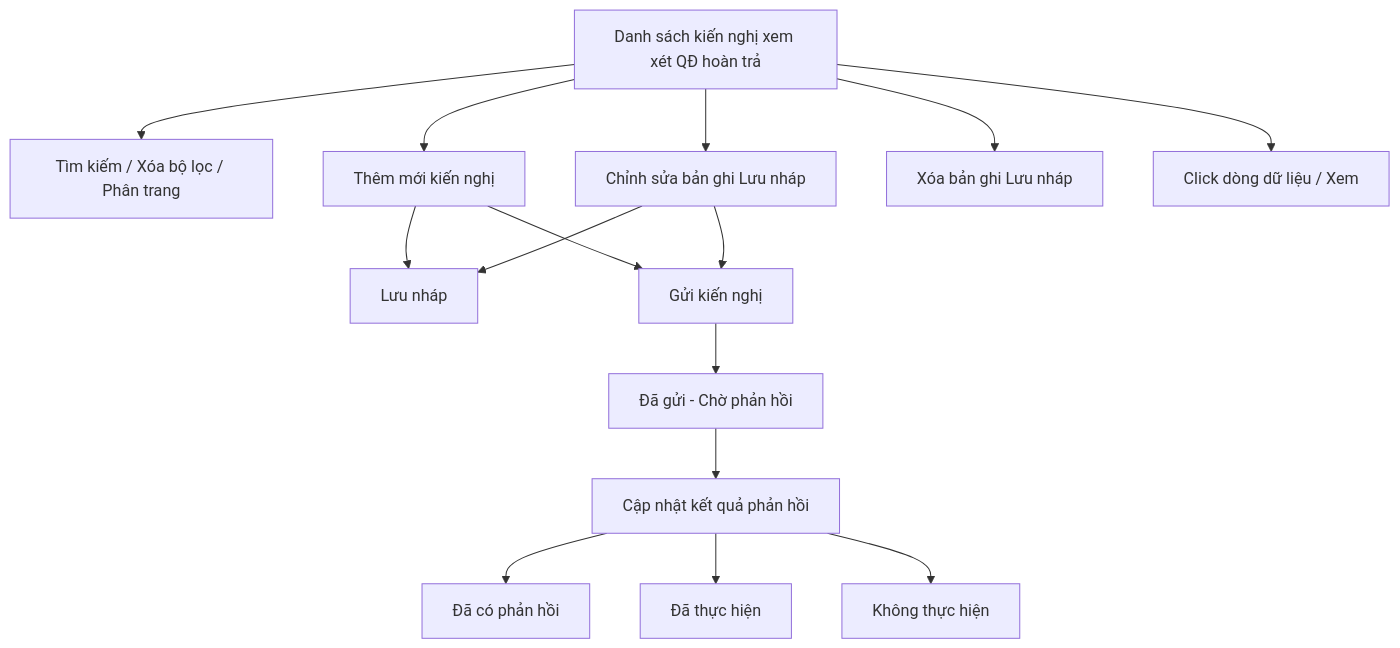
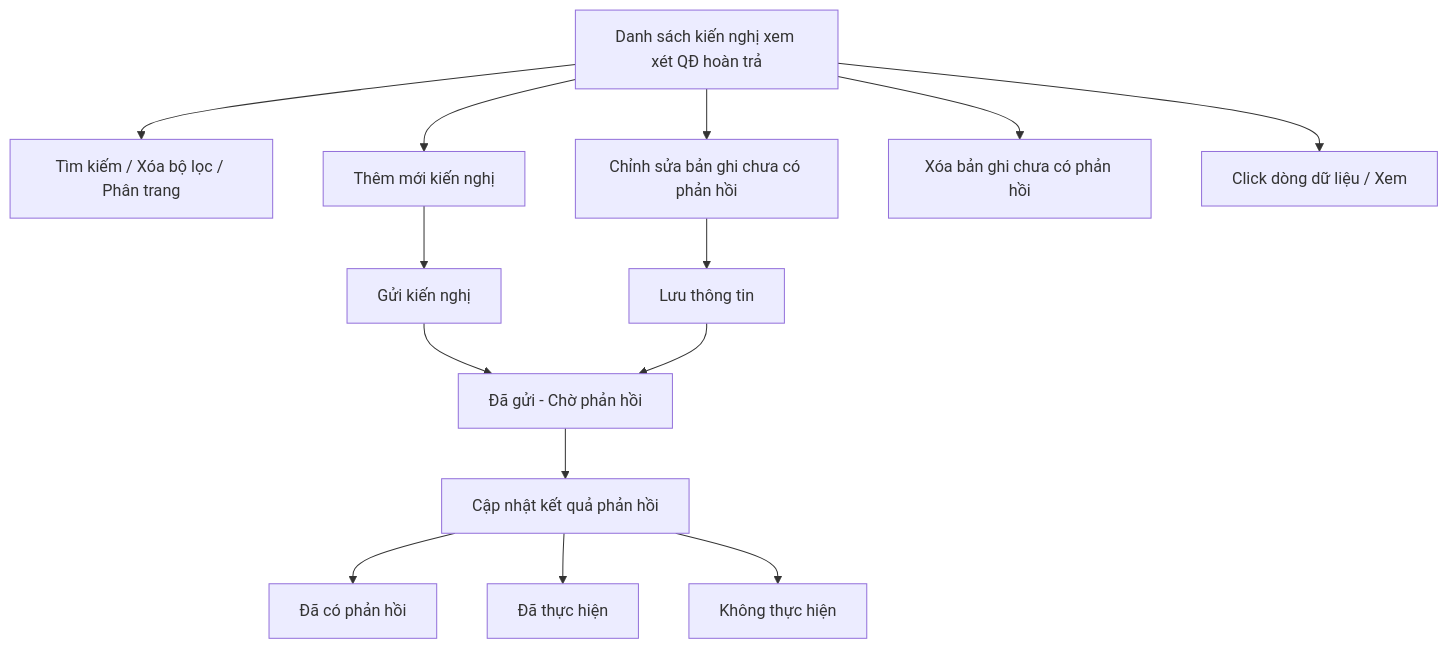
The diagram in Tai lieu phan tich/03_Website_Quan_tri/03_Cong_tac_boi_thuong/SRS_BTNN_STP_KienNghi_XemXet_QDHoanTra.md (huyendt2007/BPBD_UI), drawn with Mermaid before and after one commit. The commit also changed other lines of this file and 44 other files, not shown here.

````diff
--- a/Tai lieu phan tich/03_Website_Quan_tri/03_Cong_tac_boi_thuong/SRS_BTNN_STP_KienNghi_XemXet_QDHoanTra.md
+++ b/Tai lieu phan tich/03_Website_Quan_tri/03_Cong_tac_boi_thuong/SRS_BTNN_STP_KienNghi_XemXet_QDHoanTra.md
@@ -27,17 +27,16 @@
 ```mermaid
 flowchart TD
     A[Danh sách kiến nghị xem xét QĐ hoàn trả] --> B[Tìm kiếm / Xóa bộ lọc / Phân trang]
     A --> C[Thêm mới kiến nghị]
-    C --> D["Lưu nháp"]
     C --> E[Gửi kiến nghị]
     E --> F["Đã gửi - Chờ phản hồi"]
-    A --> G[Chỉnh sửa bản ghi Lưu nháp]
-    G --> D
-    G --> E
+    A --> G[Chỉnh sửa bản ghi chưa có phản hồi]
+    G --> N[Lưu thông tin]
+    N --> F
     F --> H[Cập nhật kết quả phản hồi]
     H --> I["Đã có phản hồi"]
     H --> J["Đã thực hiện"]
     H --> K["Không thực hiện"]
-    A --> L[Xóa bản ghi Lưu nháp]
+    A --> L[Xóa bản ghi chưa có phản hồi]
     A --> M[Click dòng dữ liệu / Xem]
 ```
````
